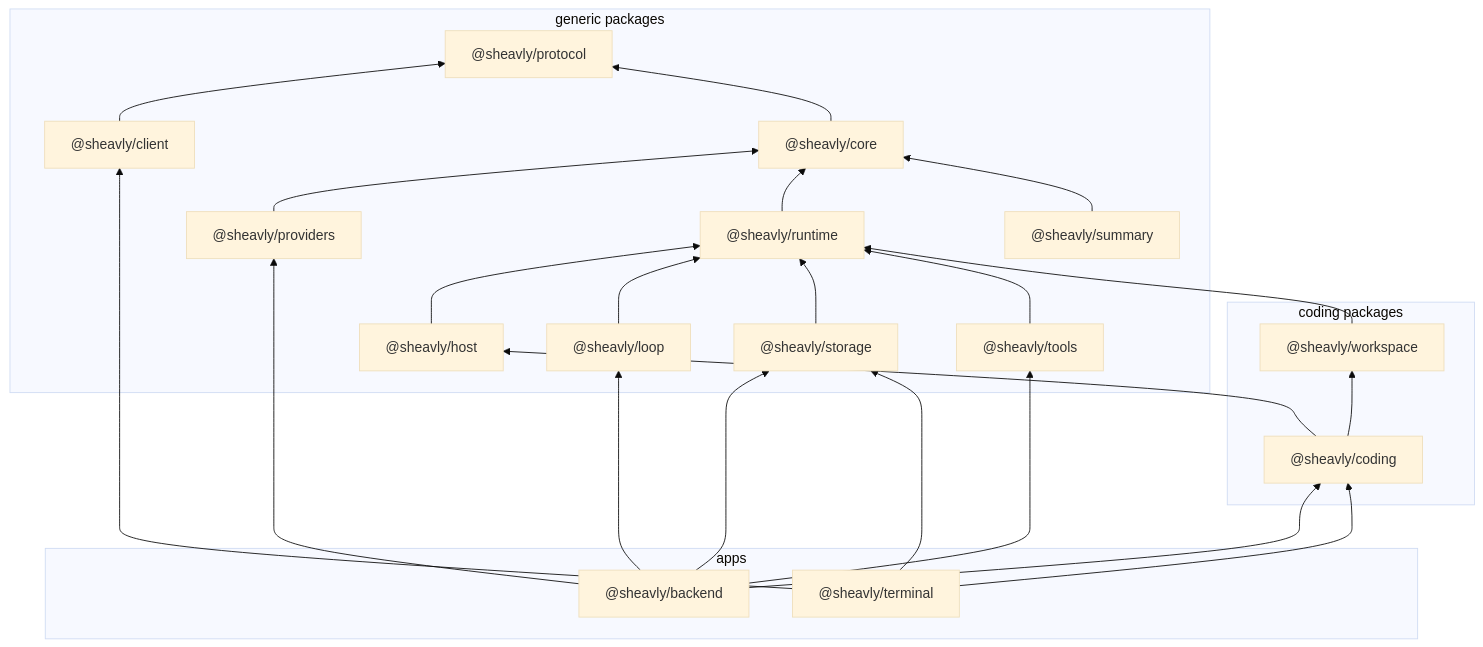
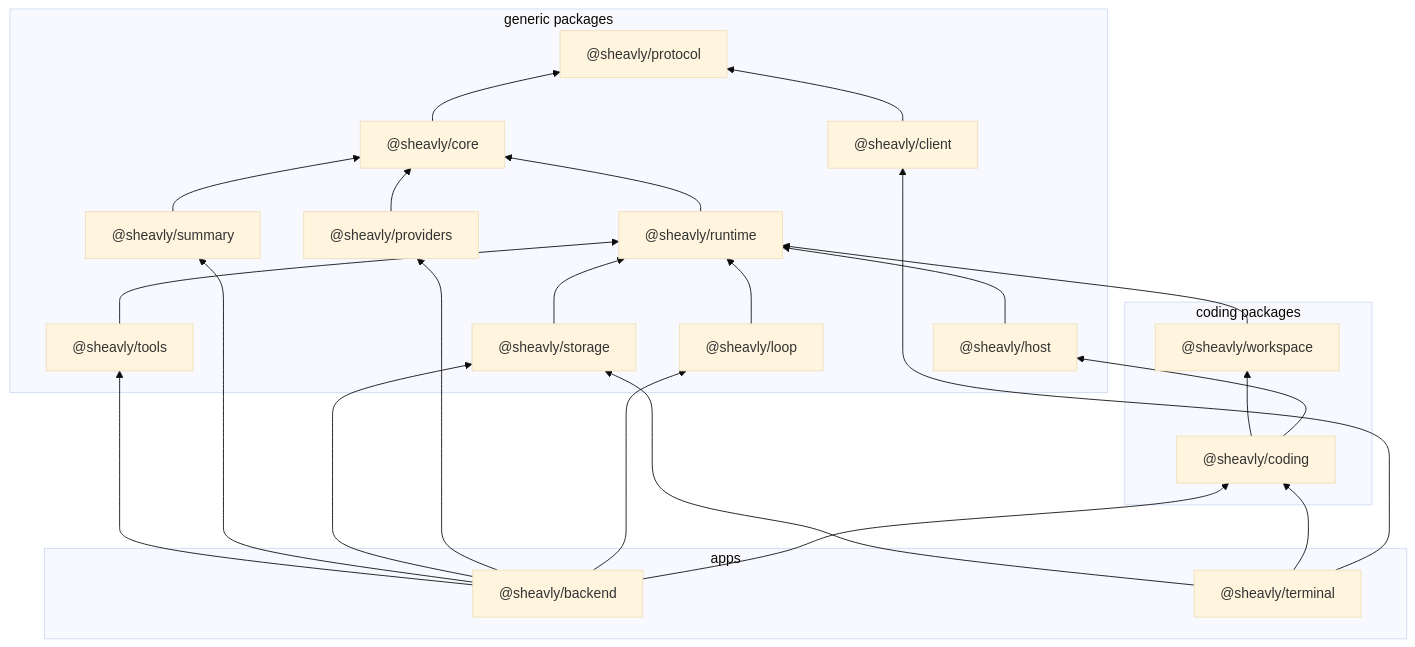
Before and after one commit to Sheavly/code: the diagram in docs/overview.md, drawn with Mermaid (base theme). The commit also changed 47 other files, not shown here.

````diff
--- a/docs/overview.md
+++ b/docs/overview.md
@@ -35,43 +35,44 @@
 ```mermaid
 flowchart BT
   subgraph group_generic ["generic packages"]
     client["@sheavly/client"]
     core["@sheavly/core"]
     host["@sheavly/host"]
     loop["@sheavly/loop"]
     protocol["@sheavly/protocol"]
     providers["@sheavly/providers"]
     runtime["@sheavly/runtime"]
     storage["@sheavly/storage"]
     summary["@sheavly/summary"]
     tools["@sheavly/tools"]
   end
   subgraph group_coding ["coding packages"]
     coding["@sheavly/coding"]
     workspace["@sheavly/workspace"]
   end
   subgraph group_apps ["apps"]
     backend["@sheavly/backend"]
     terminal["@sheavly/terminal"]
   end
   backend --> coding
   backend --> loop
   backend --> providers
   backend --> storage
+  backend --> summary
   backend --> tools
   client --> protocol
   coding --> host
   coding --> workspace
   core --> protocol
   host --> runtime
   loop --> runtime
   providers --> core
   runtime --> core
   storage --> runtime
   summary --> core
   terminal --> client
   terminal --> coding
   terminal --> storage
   tools --> runtime
   workspace --> runtime
 ```
````
